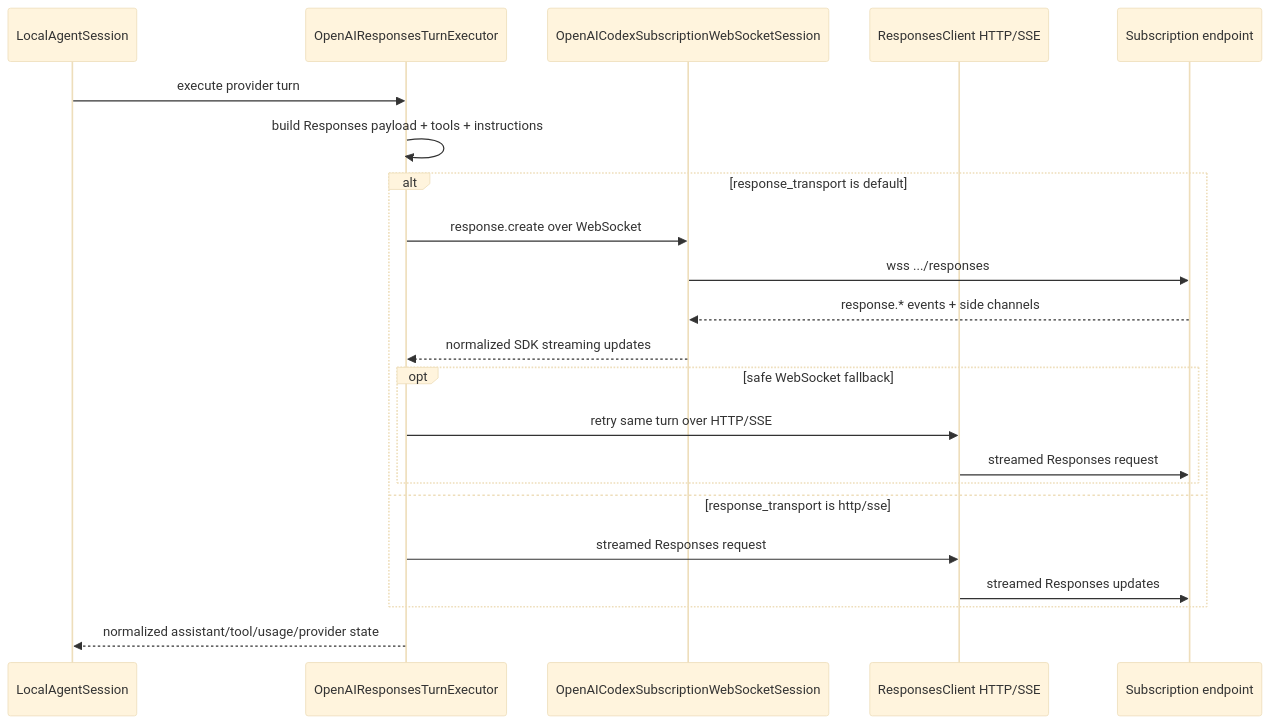
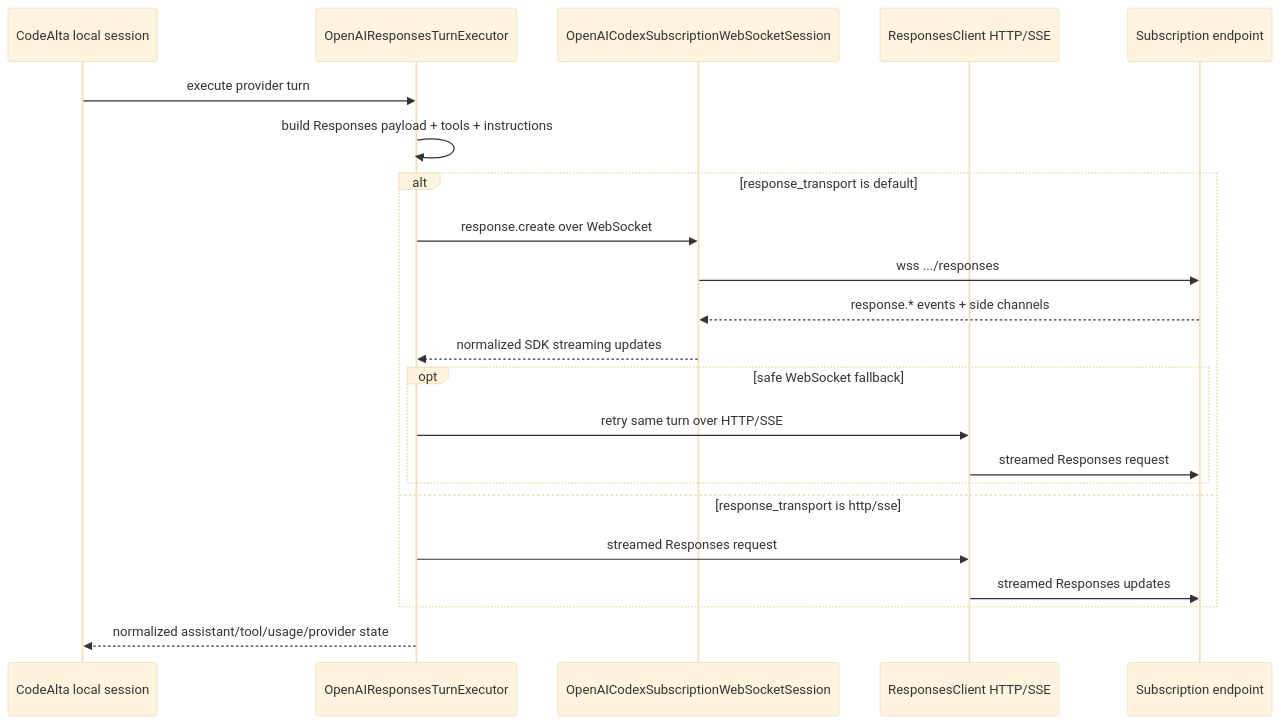
The second of 2 diagrams in doc/providers.md (DavidAlphaFox/CodeAlta), drawn with Mermaid (base theme) before and after one commit. The commit also changed other lines of this file and 80 other files, not shown here.

````diff
--- a/doc/providers.md
+++ b/doc/providers.md
@@ -118,25 +120,25 @@
 ```mermaid
 sequenceDiagram
-    participant Runtime as LocalAgentSession
+    participant Runtime as CodeAlta local session
     participant Executor as OpenAIResponsesTurnExecutor
     participant WS as OpenAICodexSubscriptionWebSocketSession
     participant HTTP as ResponsesClient HTTP/SSE
     participant Service as Subscription endpoint
 
     Runtime->>Executor: execute provider turn
     Executor->>Executor: build Responses payload + tools + instructions
     alt response_transport is default
         Executor->>WS: response.create over WebSocket
         WS->>Service: wss .../responses
         Service-->>WS: response.* events + side channels
         WS-->>Executor: normalized SDK streaming updates
         opt safe WebSocket fallback
             Executor->>HTTP: retry same turn over HTTP/SSE
             HTTP->>Service: streamed Responses request
         end
     else response_transport is http/sse
         Executor->>HTTP: streamed Responses request
         HTTP->>Service: streamed Responses updates
     end
     Executor-->>Runtime: normalized assistant/tool/usage/provider state
 ```
````
